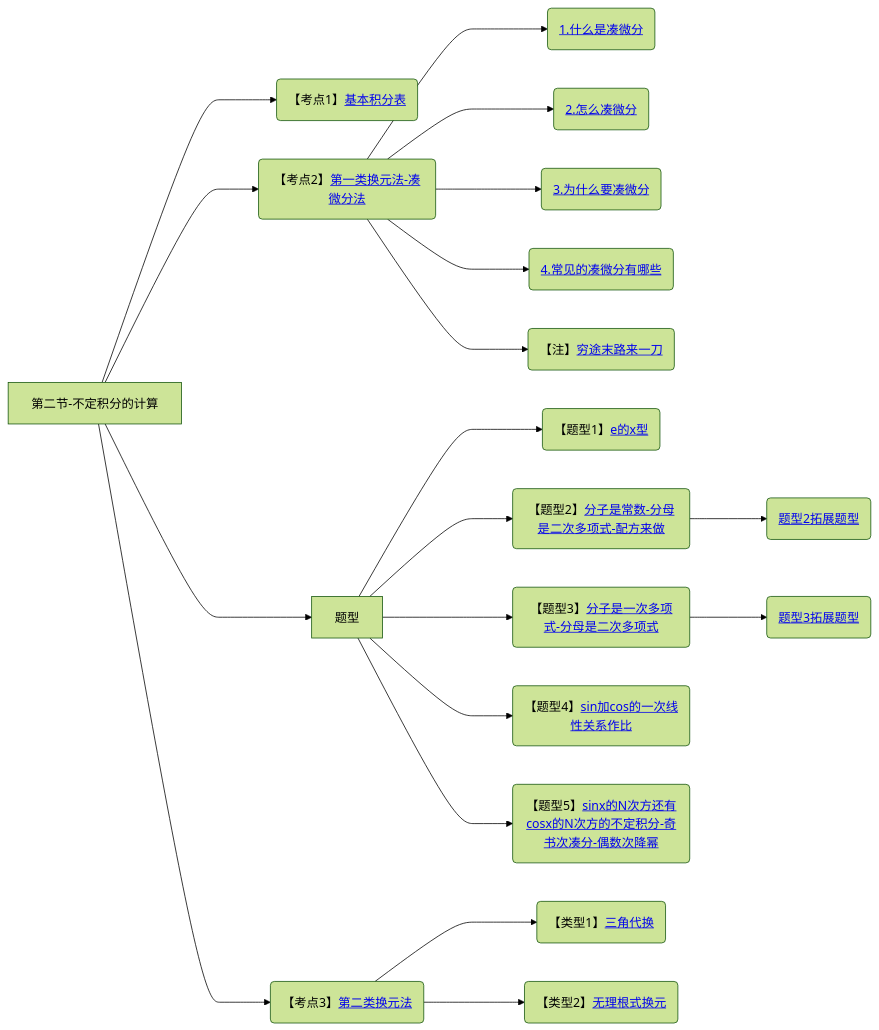
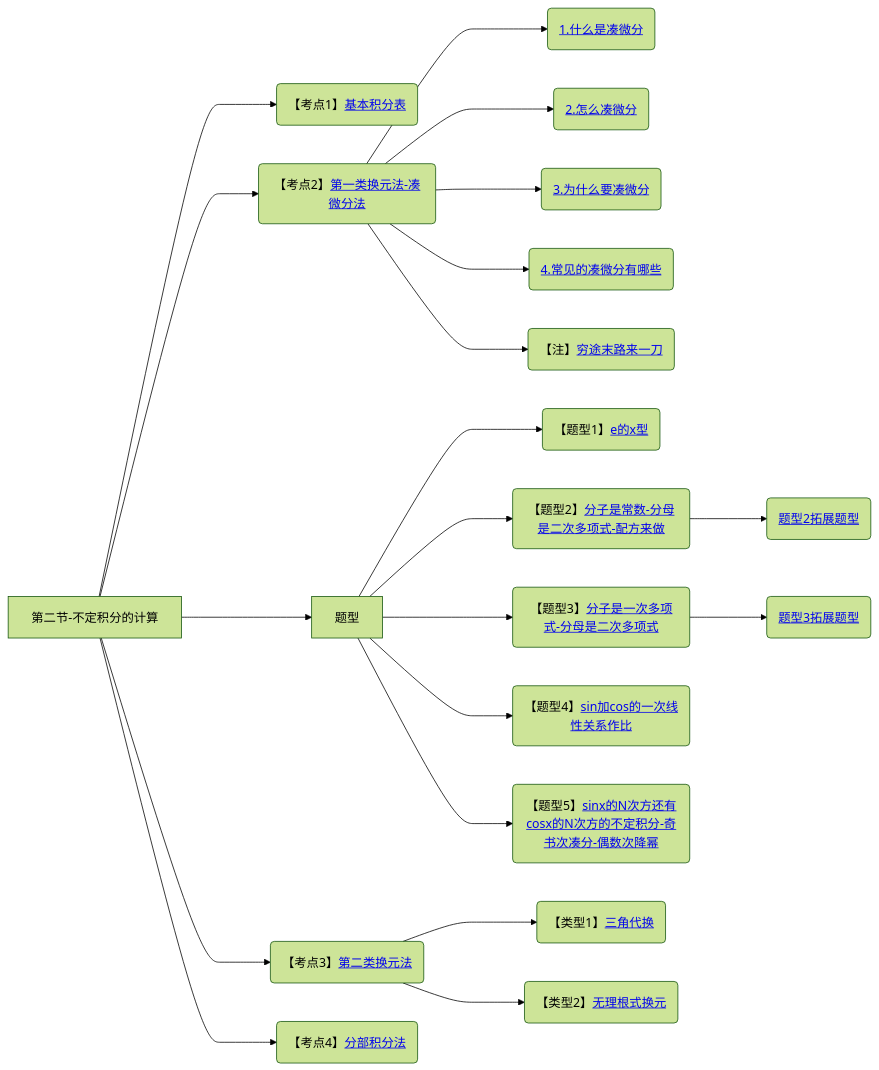
Diagram 18 of 18 in 笔记/数学/周洋鑫/01.基础班思维导图.md (yuebinghui/note), drawn with Mermaid (forest theme) before and after one commit. The commit also changed 7 other files, not shown here.

````diff
--- a/笔记/数学/周洋鑫/01.基础班思维导图.md
+++ b/笔记/数学/周洋鑫/01.基础班思维导图.md
@@ -625,27 +625,29 @@
 ```mermaid
 graph LR
 第二节-不定积分的计算
 
 第二节-不定积分的计算--->基本积分表(【考点1】<a href="/Users/yuebinghui/Documents/program/github/note/笔记/数学/周洋鑫/基础班/18.不定积分_1.md#基本积分表">基本积分表</>)
 
 第二节-不定积分的计算--->第一类换元法-凑微分法(【考点2】<a href="/Users/yuebinghui/Documents/program/github/note/笔记/数学/周洋鑫/基础班/18.不定积分_1.md#第一类换元法-凑微分法">第一类换元法-凑微分法</>)
 第一类换元法-凑微分法--->1.什么是凑微分(<a href="/Users/yuebinghui/Documents/program/github/note/笔记/数学/周洋鑫/基础班/18.不定积分_1.md#1.什么是凑微分">1.什么是凑微分</>)
 第一类换元法-凑微分法--->2.怎么凑微分(<a href="/Users/yuebinghui/Documents/program/github/note/笔记/数学/周洋鑫/基础班/18.不定积分_1.md#2.怎么凑微分">2.怎么凑微分</>)
 第一类换元法-凑微分法--->3.为什么要凑微分(<a href="/Users/yuebinghui/Documents/program/github/note/笔记/数学/周洋鑫/基础班/18.不定积分_1.md#3.为什么要凑微分">3.为什么要凑微分</>)
 第一类换元法-凑微分法--->4.常见的凑微分有哪些(<a href="/Users/yuebinghui/Documents/program/github/note/笔记/数学/周洋鑫/基础班/18.不定积分_1.md#4.常见的凑微分有哪些">4.常见的凑微分有哪些</>)
 第一类换元法-凑微分法--->穷途末路来一刀(【注】<a href="/Users/yuebinghui/Documents/program/github/note/笔记/数学/周洋鑫/基础班/18.不定积分_1.md#穷途末路来一刀">穷途末路来一刀</>)
 
 第二节-不定积分的计算--->题型
 题型--->e的x型(【题型1】<a href="/Users/yuebinghui/Documents/program/github/note/笔记/数学/周洋鑫/基础班/18.不定积分_1.md#e的x型">e的x型</>)
 题型--->分子是常数-分母是二次多项式-配方来做(【题型2】<a href="/Users/yuebinghui/Documents/program/github/note/笔记/数学/周洋鑫/基础班/19.不定积分_2.md#分子是常数-分母是二次多项式-配方来做">分子是常数-分母是二次多项式-配方来做</>)
 分子是常数-分母是二次多项式-配方来做--->题型2拓展题型(<a href="/Users/yuebinghui/Documents/program/github/note/笔记/数学/周洋鑫/基础班/19.不定积分_2.md#题型2拓展题型">题型2拓展题型</>)
 题型--->分子是一次多项式-分母是二次多项式(【题型3】<a href="/Users/yuebinghui/Documents/program/github/note/笔记/数学/周洋鑫/基础班/19.不定积分_2.md#分子是一次多项式-分母是二次多项式">分子是一次多项式-分母是二次多项式</>)
 分子是一次多项式-分母是二次多项式--->题型3拓展题型(<a href="/Users/yuebinghui/Documents/program/github/note/笔记/数学/周洋鑫/基础班/19.不定积分_2.md#题型3拓展题型">题型3拓展题型</>)
 题型--->sin加cos的一次线性关系作比(【题型4】<a href="/Users/yuebinghui/Documents/program/github/note/笔记/数学/周洋鑫/基础班/19.不定积分_2.md#sin加cos的一次线性关系作比">sin加cos的一次线性关系作比</>)
 题型--->sinx的N次方还有cosx的N次方的不定积分-奇书次凑分-偶数次降幂(【题型5】<a href="/Users/yuebinghui/Documents/program/github/note/笔记/数学/周洋鑫/基础班/19.不定积分_2.md#sinx的N次方还有cosx的N次方的不定积分-奇书次凑分-偶数次降幂">sinx的N次方还有cosx的N次方的不定积分-奇书次凑分-偶数次降幂</>)
 
 第二节-不定积分的计算--->第二类换元法(【考点3】<a href="/Users/yuebinghui/Documents/program/github/note/笔记/数学/周洋鑫/基础班/19.不定积分_2.md#第二类换元法">第二类换元法</>)
 第二类换元法--->三角代换(【类型1】<a href="/Users/yuebinghui/Documents/program/github/note/笔记/数学/周洋鑫/基础班/19.不定积分_2.md#三角代换">三角代换</>)
 第二类换元法--->无理根式换元(【类型2】<a href="/Users/yuebinghui/Documents/program/github/note/笔记/数学/周洋鑫/基础班/19.不定积分_2.md#无理根式换元">无理根式换元</>)
 
+第二节-不定积分的计算--->分部积分法(【考点4】<a href="/Users/yuebinghui/Documents/program/github/note/笔记/数学/周洋鑫/基础班/19.不定积分_2.md#分部积分法">分部积分法</>)
+
 ```
````
